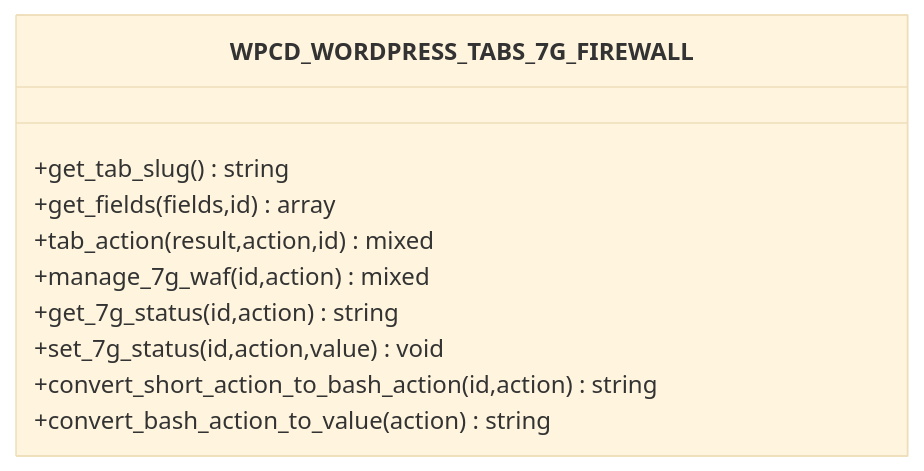
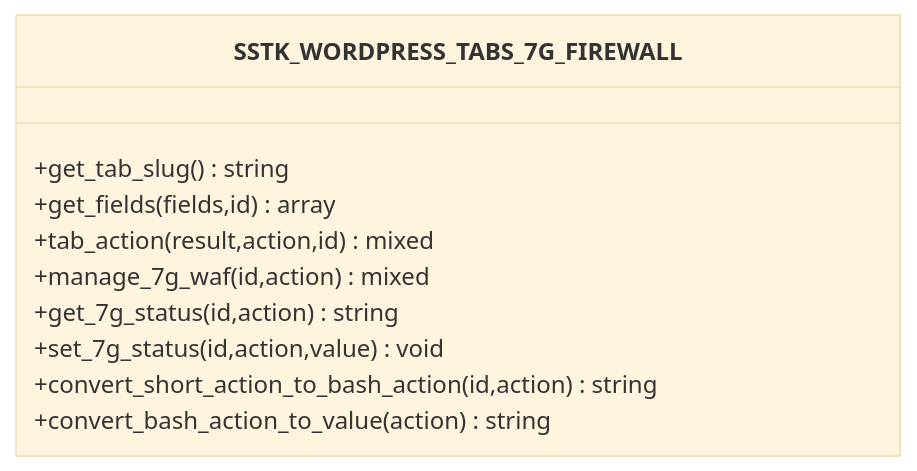
One commit to onedogsolutions/simple-stack changed the fourth of 7 diagrams in .qoder/repowiki/en/content/WordPress Application Engine/Operational & Maintenance Scripts/Security & Firewall Management.md. Above: the diagram before and after it, drawn with Mermaid (base theme). The commit also changed other lines of this file and 5941 other files, not shown here.

````diff
--- a/.qoder/repowiki/en/content/WordPress Application Engine/Operational & Maintenance Scripts/Security & Firewall Management.md
+++ b/.qoder/repowiki/en/content/WordPress Application Engine/Operational & Maintenance Scripts/Security & Firewall Management.md
@@ -150,13 +150,13 @@
 ```mermaid
 classDiagram
-class WPCD_WORDPRESS_TABS_7G_FIREWALL {
+class SSTK_WORDPRESS_TABS_7G_FIREWALL {
 +get_tab_slug() string
 +get_fields(fields,id) array
 +tab_action(result,action,id) mixed
 +manage_7g_waf(id,action) mixed
 +get_7g_status(id,action) string
 +set_7g_status(id,action,value) void
 +convert_short_action_to_bash_action(id,action) string
 +convert_bash_action_to_value(action) string
 }
 ```
````
